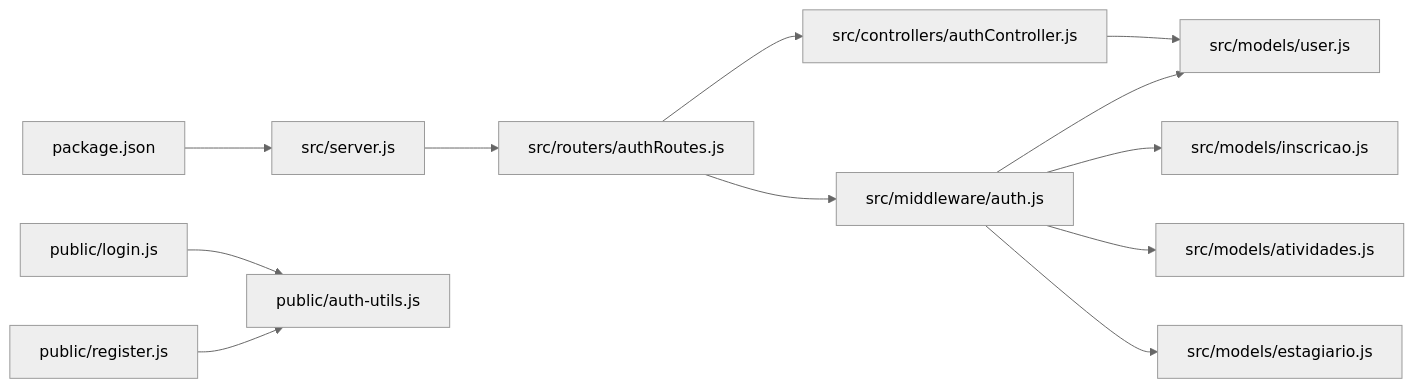
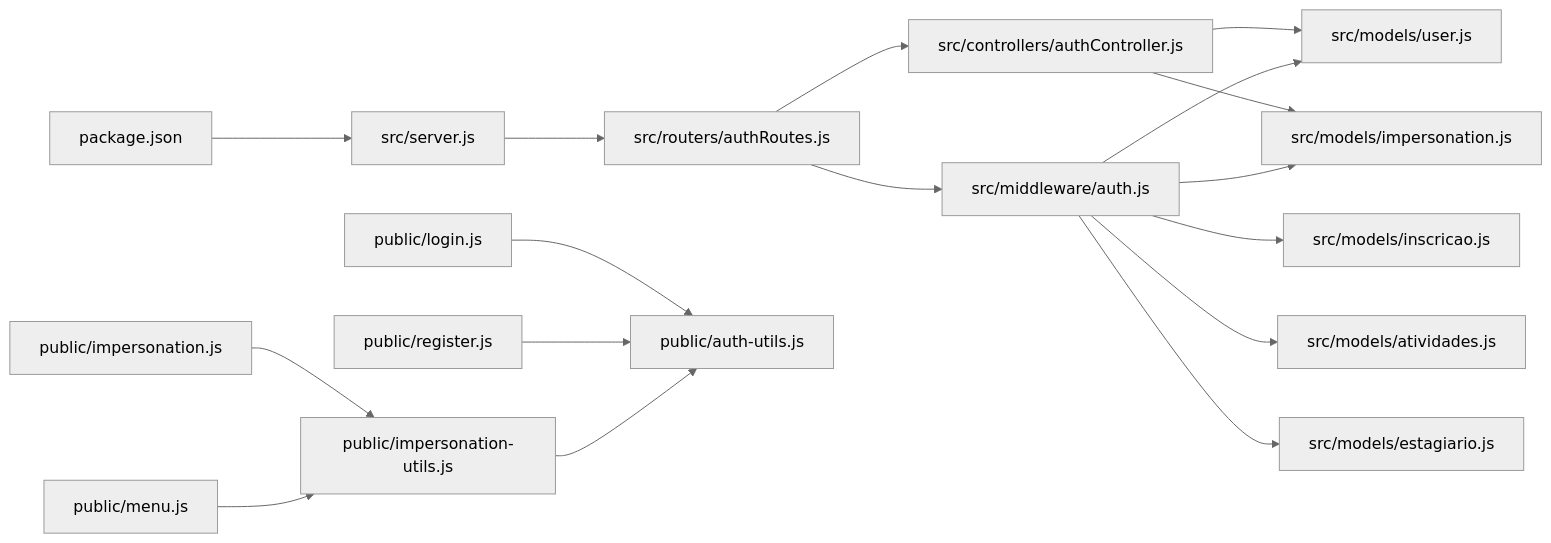
Diagram 12 of 12 in .qoder/repowiki/en/content/Authentication & Authorization System/Authentication & Authorization System.md (luiseduacosta/nodemural), drawn with Mermaid (neutral theme) before and after one commit. The commit also changed other lines of this file and 30 other files, not shown here.

Commit message:
Update tables schema.

````diff
--- a/.qoder/repowiki/en/content/Authentication & Authorization System/Authentication & Authorization System.md
+++ b/.qoder/repowiki/en/content/Authentication & Authorization System/Authentication & Authorization System.md
@@ -479,26 +758,35 @@
 ```mermaid
 graph LR
 Pkg["package.json"]
 Server["src/server.js"]
 Routes["src/routers/authRoutes.js"]
 Ctrl["src/controllers/authController.js"]
 MW["src/middleware/auth.js"]
 Model["src/models/user.js"]
+ImpModel["src/models/impersonation.js"]
 Utils["public/auth-utils.js"]
+ImpUtils["public/impersonation-utils.js"]
 Login["public/login.js"]
 Register["public/register.js"]
+ImpPage["public/impersonation.js"]
+Menu["public/menu.js"]
 InscricaoModel["src/models/inscricao.js"]
 AtividadesModel["src/models/atividades.js"]
 EstagiarioModel["src/models/estagiario.js"]
 Pkg --> Server
 Server --> Routes
 Routes --> Ctrl
 Routes --> MW
 Ctrl --> Model
+Ctrl --> ImpModel
 MW --> Model
+MW --> ImpModel
 MW --> InscricaoModel
 MW --> AtividadesModel
 MW --> EstagiarioModel
 Login --> Utils
 Register --> Utils
+ImpPage --> ImpUtils
+Menu --> ImpUtils
+ImpUtils --> Utils
 ```
````
